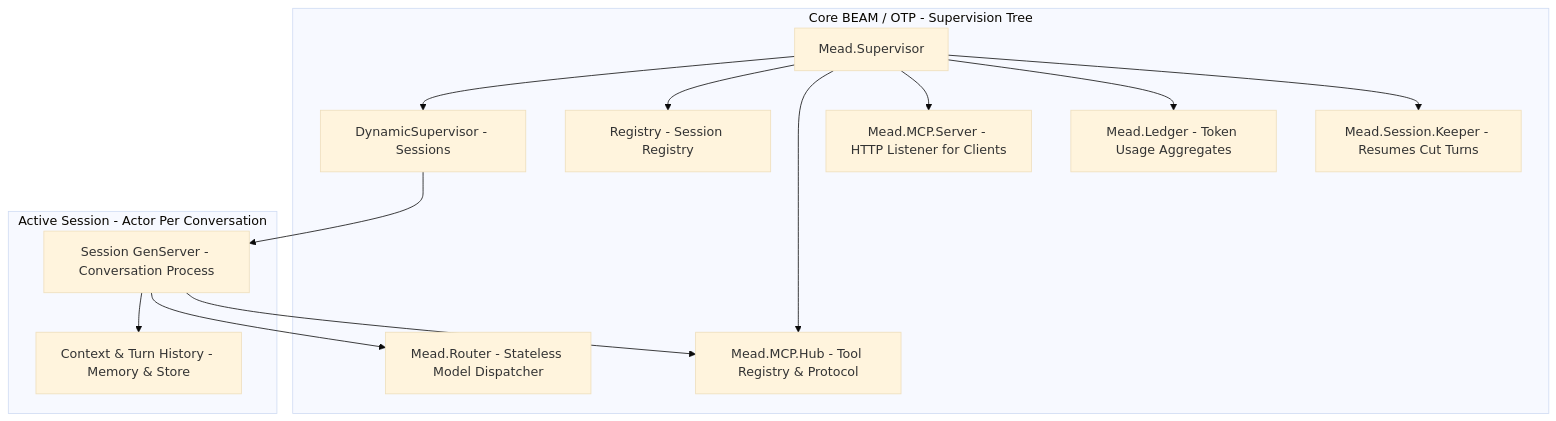
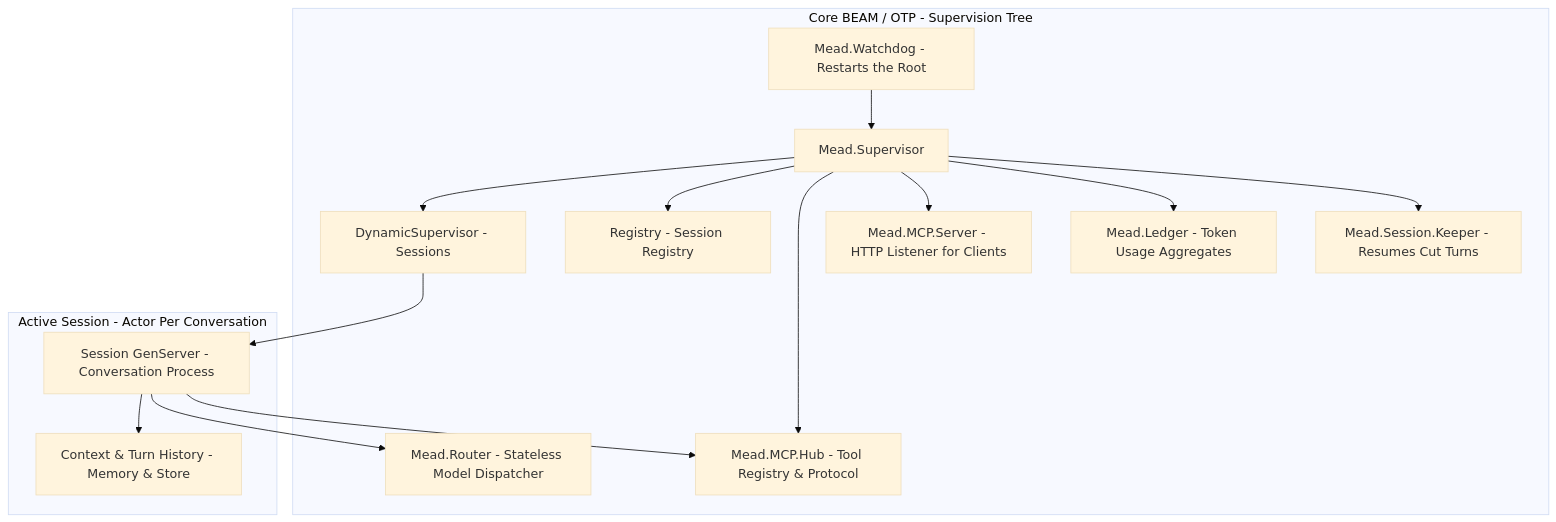
Before and after one commit to albertosca/mead: the first of 2 diagrams in docs/ARCHITECTURE.md, drawn with Mermaid (base theme). The commit also changed other lines of this file and 13 other files, not shown here.

First line of the commit message:
Restart the root supervisor from a watchdog and keep callers waiting

````diff
--- a/docs/ARCHITECTURE.md
+++ b/docs/ARCHITECTURE.md
@@ -10,30 +10,32 @@
 ```mermaid
 graph TD
     subgraph core_otp ["Core BEAM / OTP - Supervision Tree"]
+        Watchdog["Mead.Watchdog - Restarts the Root"]
         RootSup["Mead.Supervisor"]
         SessionSup["DynamicSupervisor - Sessions"]
         Registry["Registry - Session Registry"]
         RouterEngine["Mead.Router - Stateless Model Dispatcher"]
         MCPHub["Mead.MCP.Hub - Tool Registry & Protocol"]
         MCPServer["Mead.MCP.Server - HTTP Listener for Clients"]
         Metrics["Mead.Ledger - Token Usage Aggregates"]
         Keeper["Mead.Session.Keeper - Resumes Cut Turns"]
     end
 
+    Watchdog --> RootSup
     RootSup --> SessionSup
     RootSup --> Registry
     RootSup --> MCPHub
     RootSup --> MCPServer
     RootSup --> Metrics
     RootSup --> Keeper
 
     subgraph active_session ["Active Session - Actor Per Conversation"]
         SessionProc["Session GenServer - Conversation Process"]
         ContextBuffer["Context & Turn History - Memory & Store"]
     end
 
     SessionSup --> SessionProc
     SessionProc --> ContextBuffer
     SessionProc --> RouterEngine
     SessionProc --> MCPHub
 ```
````
